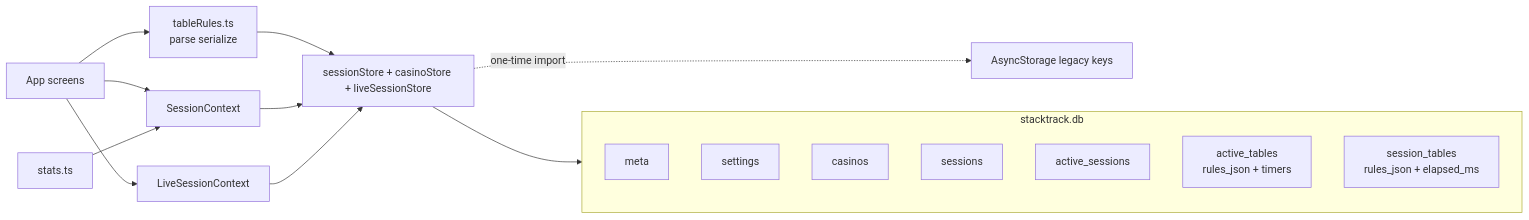
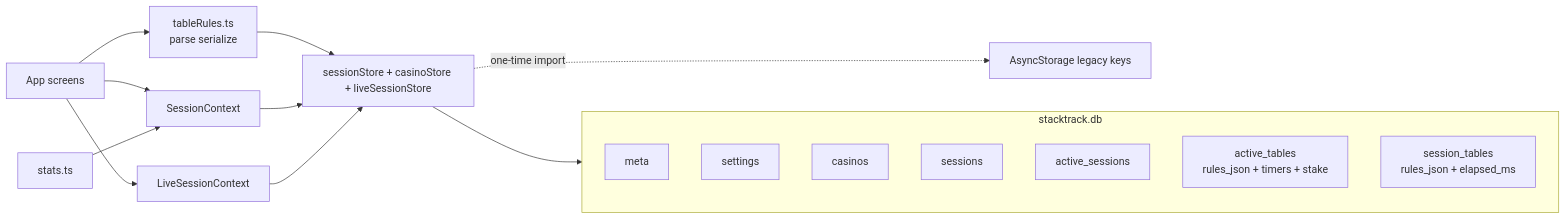
The second of 2 diagrams in docs/schema.md (Trevor5008/StackTrack), drawn with Mermaid before and after one commit. The commit also changed other lines of this file and 18 other files, not shown here.

Commit message:
feat: budget-stake flow, basic-strategy RoR, release ^1.1.0 Session budget and table stakes drive P/L Risk tolerance + betting unit components for approximating RoR w/ viable/not-viable cues (schema v5-v6)

````diff
--- a/docs/schema.md
+++ b/docs/schema.md
@@ -336,22 +367,22 @@
 ```mermaid
 flowchart LR
   subgraph SQLite["stacktrack.db"]
     Meta[meta]
     SettingsTbl[settings]
     CasinosTbl[casinos]
     SessionsTbl[sessions]
     ActiveSessions[active_sessions]
-    ActiveTables["active_tables<br/>rules_json + timers"]
+    ActiveTables["active_tables<br/>rules_json + timers + stake"]
     SessionTables["session_tables<br/>rules_json + elapsed_ms"]
   end
 
   Store["sessionStore + casinoStore + liveSessionStore"] --> SQLite
   RulesLib["tableRules.ts<br/>parse serialize"] --> Store
   Store -.->|"one-time import"| Legacy[AsyncStorage legacy keys]
   SessionCtx[SessionContext] --> Store
   LiveCtx[LiveSessionContext] --> Store
   Screens[App screens] --> SessionCtx
   Screens --> LiveCtx
   Screens --> RulesLib
   Stats[stats.ts] --> SessionCtx
 ```
````
